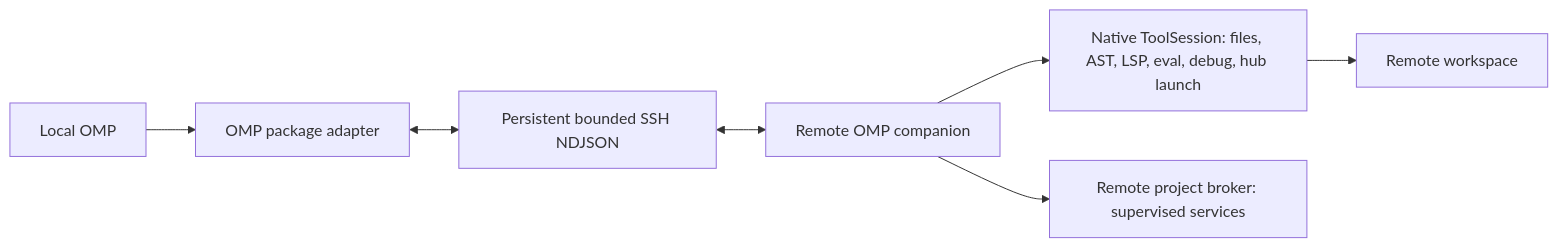
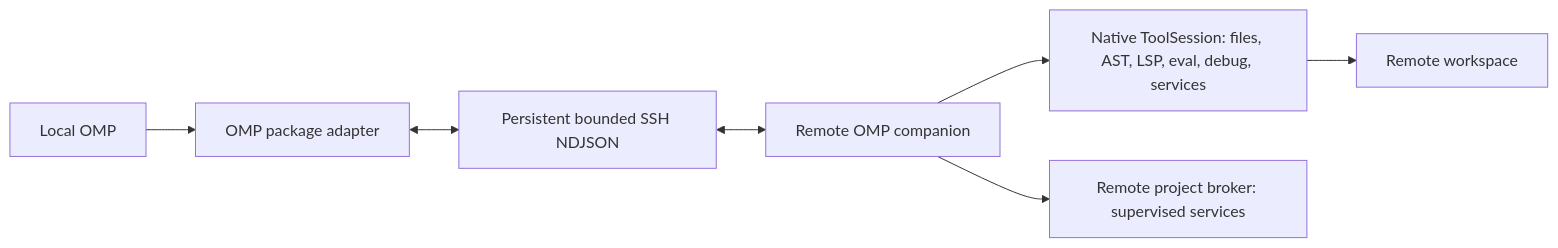
One commit to fuyao66/omp-ssh-remote changed the diagram in packages/omp/README.md. Above: the diagram before and after it, drawn with Mermaid. The commit also changed other lines of this file and 22 other files, not shown here.

````diff
--- a/packages/omp/README.md
+++ b/packages/omp/README.md
@@ -27,9 +27,9 @@
 ```mermaid
 flowchart LR
   OMP[Local OMP] --> Adapter[OMP package adapter]
   Adapter <--> SSH[Persistent bounded SSH NDJSON]
   SSH <--> Worker[Remote OMP companion]
-  Worker --> Tools[Native ToolSession: files, AST, LSP, eval, debug, hub launch]
+  Worker --> Tools[Native ToolSession: files, AST, LSP, eval, debug, services]
   Worker --> Broker[Remote project broker: supervised services]
   Tools --> RemoteFS[Remote workspace]
 ```
````
